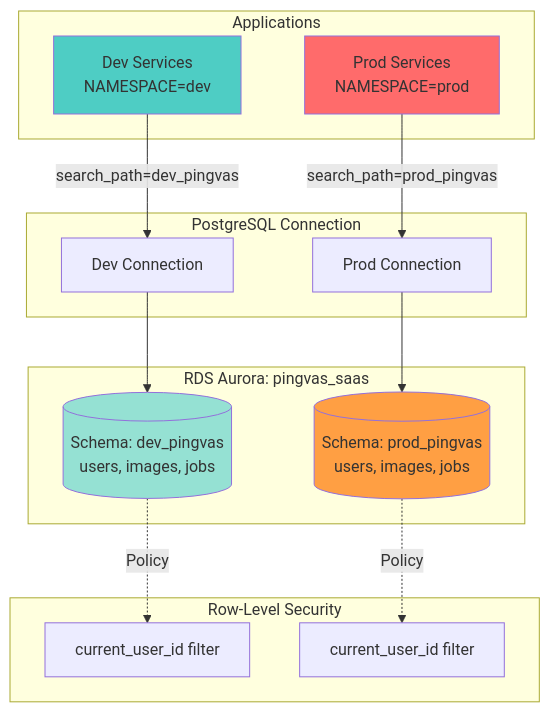
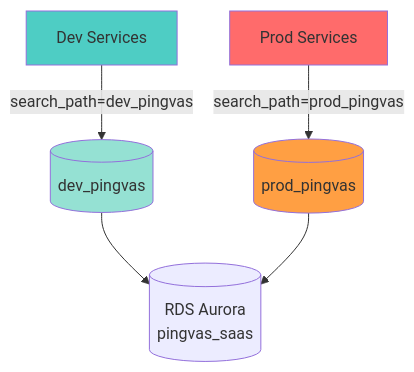
Diagram 17 of 21 in docs/final-architecture/02-data-flow-diagrams.md (Pinksea-AI/InvokeAI), drawn with Mermaid before and after one commit. The commit also changed other lines of this file and 1 other file, not shown here.

First line of the commit message:
docs: Mermaid 다이어그램 렌더링 문제 수정

````diff
--- a/docs/final-architecture/02-data-flow-diagrams.md
+++ b/docs/final-architecture/02-data-flow-diagrams.md
@@ -649,27 +647,13 @@
 ```mermaid
 graph TB
-    subgraph "Applications"
-        DevApp[Dev Services<br/>NAMESPACE=dev]
-        ProdApp[Prod Services<br/>NAMESPACE=prod]
-    end
+    DevApp[Dev Services] -->|search_path=dev_pingvas| DevSchema[(dev_pingvas)]
+    ProdApp[Prod Services] -->|search_path=prod_pingvas| ProdSchema[(prod_pingvas)]
 
-    subgraph "PostgreSQL Connection"
-        DevApp -->|search_path=dev_pingvas| DevConn[Dev Connection]
-        ProdApp -->|search_path=prod_pingvas| ProdConn[Prod Connection]
-    end
-
-    subgraph "RDS Aurora: pingvas_saas"
-        DevConn --> DevSchema[(Schema: dev_pingvas<br/>users, images, jobs)]
-        ProdConn --> ProdSchema[(Schema: prod_pingvas<br/>users, images, jobs)]
-    end
-
-    subgraph "Row-Level Security"
-        DevSchema -.->|Policy| DevRLS[current_user_id filter]
-        ProdSchema -.->|Policy| ProdRLS[current_user_id filter]
-    end
+    DevSchema --> RDS[(RDS Aurora<br/>pingvas_saas)]
+    ProdSchema --> RDS
 
     style DevApp fill:#4ECDC4
     style ProdApp fill:#FF6B6B
     style DevSchema fill:#95E1D3
     style ProdSchema fill:#FF9F43
 ```
````
